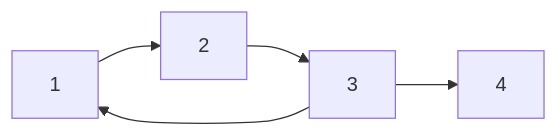
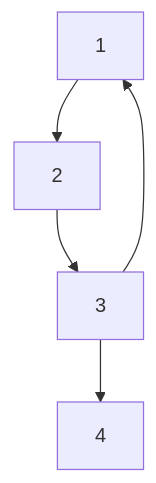
One commit to ivoryRabbit/ivoryRabbit.github.io changed the diagram in _posts/2019-02-19-First-post.md. Above: the diagram before and after it, drawn with Mermaid.

````diff
--- a/_posts/2019-02-19-First-post.md
+++ b/_posts/2019-02-19-First-post.md
@@ -70,7 +70,7 @@
 ```mermaid
-graph LR
-  1-->2
-  2-->3
-  3-->1
-  3-->4
+graph TD;
+  1-->2;
+  2-->3;
+  3-->1;
+  3-->4;
 ```
````
